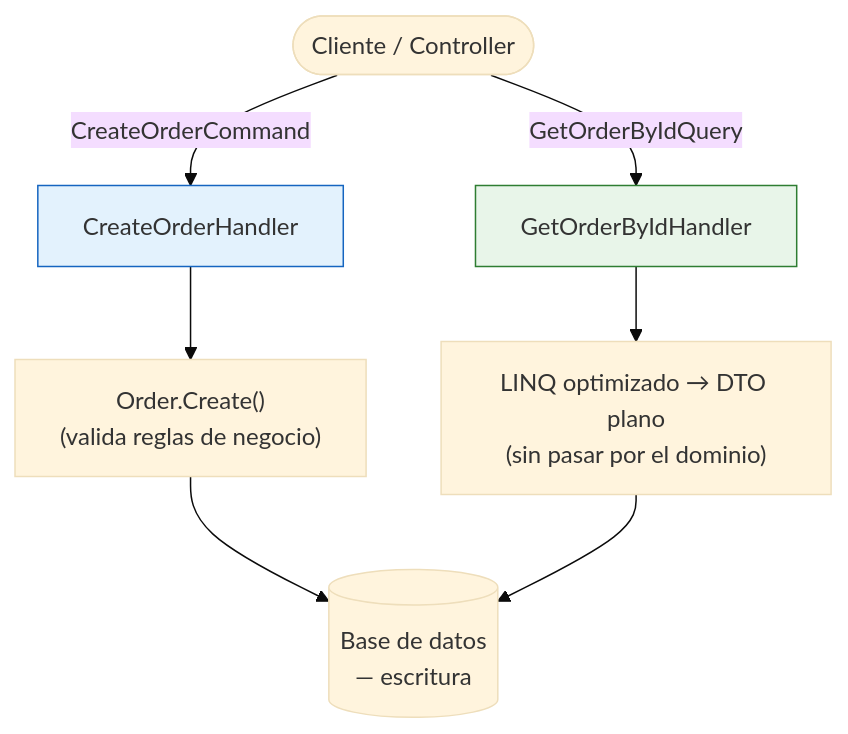
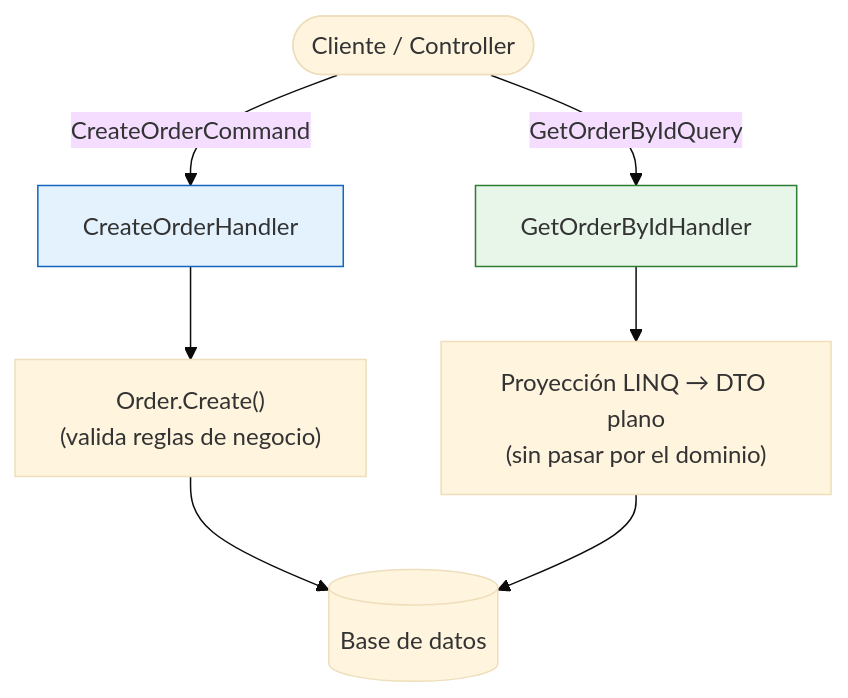
The diagram in docs/02-calidad-de-codigo-y-arquitectura/10-cqrs.md (Carlou134/ssr-developer-roadmap), drawn with Mermaid (base theme) before and after one commit. The commit also changed other lines of this file and 13 other files, not shown here.

````diff
--- a/docs/02-calidad-de-codigo-y-arquitectura/10-cqrs.md
+++ b/docs/02-calidad-de-codigo-y-arquitectura/10-cqrs.md
@@ -56,15 +143,15 @@
 ```mermaid
 flowchart TB
     Client(["Cliente / Controller"])
 
     Client -->|CreateOrderCommand| CH["CreateOrderHandler"]
     CH --> Domain["Order.Create()<br/>(valida reglas de negocio)"]
-    Domain --> Write[("Base de datos<br/>— escritura")]
+    Domain --> Write[("Base de datos")]
 
     Client -->|GetOrderByIdQuery| QH["GetOrderByIdHandler"]
-    QH --> Read["LINQ optimizado → DTO plano<br/>(sin pasar por el dominio)"]
+    QH --> Read["Proyección LINQ → DTO plano<br/>(sin pasar por el dominio)"]
     Read --> Write
 
     style CH fill:#e3f2fd,stroke:#1565c0
     style QH fill:#e8f5e9,stroke:#2e7d32
 ```
````
